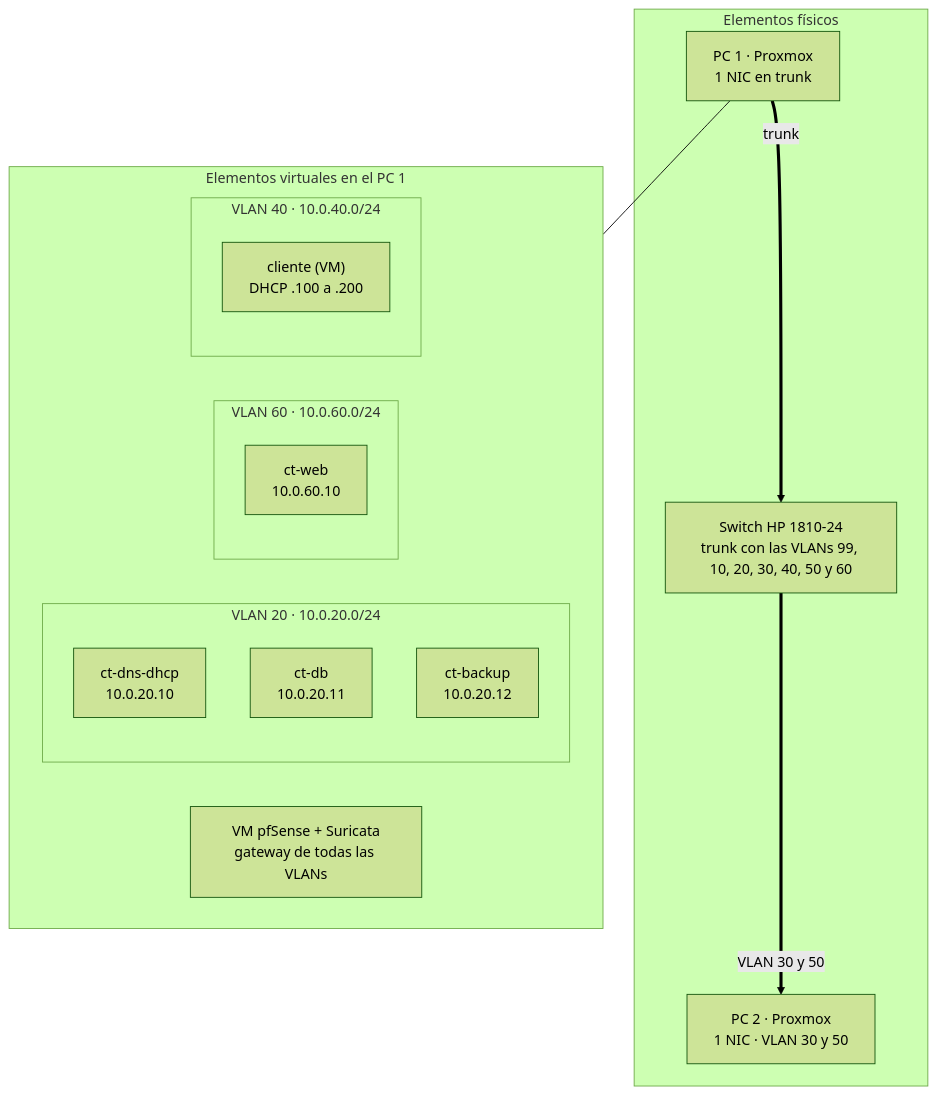
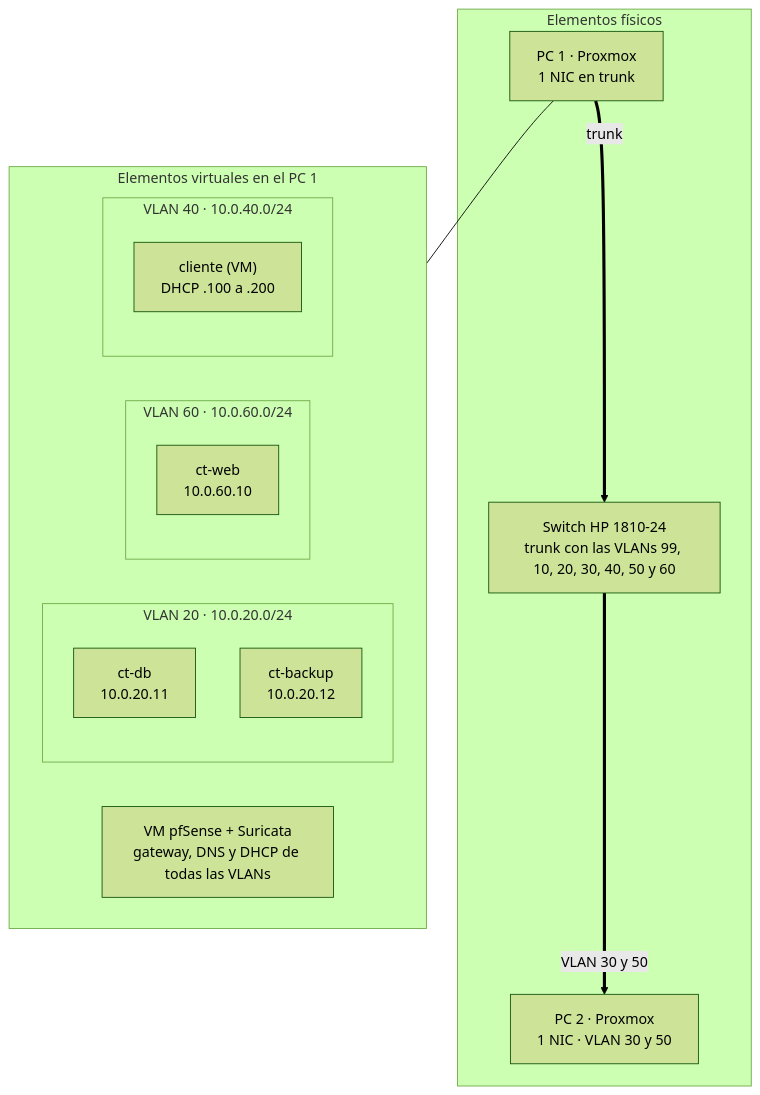
The diagram in docs/honeynet/introduccion-al-proyecto/arquitectura-del-software/5.-infraestructura-y-red-proxmox.md (alexnaranjooo/APUNTES-ASIX), drawn with Mermaid (forest theme) before and after one commit. The commit also changed other lines of this file and 11 other files, not shown here.

Commit message:
GITBOOK-97: DNS y DHCP en pfSense: documentación al día

````diff
--- a/docs/honeynet/introduccion-al-proyecto/arquitectura-del-software/5.-infraestructura-y-red-proxmox.md
+++ b/docs/honeynet/introduccion-al-proyecto/arquitectura-del-software/5.-infraestructura-y-red-proxmox.md
@@ -44,27 +43,26 @@
 ```mermaid
 flowchart TB
     subgraph FIS["Elementos físicos"]
         SWF["Switch HP 1810-24<br/>trunk con las VLANs 99, 10, 20, 30, 40, 50 y 60"]
         PC1["PC 1 · Proxmox<br/>1 NIC en trunk"]
         PC2["PC 2 · Proxmox<br/>1 NIC · VLAN 30 y 50"]
     end
 
     subgraph VIR["Elementos virtuales en el PC 1"]
-        PF["VM pfSense + Suricata<br/>gateway de todas las VLANs"]
+        PF["VM pfSense + Suricata<br/>gateway, DNS y DHCP de todas las VLANs"]
         subgraph V20["VLAN 20 · 10.0.20.0/24"]
-            DNS["ct-dns-dhcp<br/>10.0.20.10"]
             DB["ct-db<br/>10.0.20.11"]
             BK["ct-backup<br/>10.0.20.12"]
         end
         subgraph V60["VLAN 60 · 10.0.60.0/24"]
             WEB["ct-web<br/>10.0.60.10"]
         end
         subgraph V40["VLAN 40 · 10.0.40.0/24"]
             CL["cliente (VM)<br/>DHCP .100 a .200"]
         end
     end
 
     PC1 == "trunk" ==> SWF
     SWF == "VLAN 30 y 50" ==> PC2
     PC1 --- VIR
 ```
````
